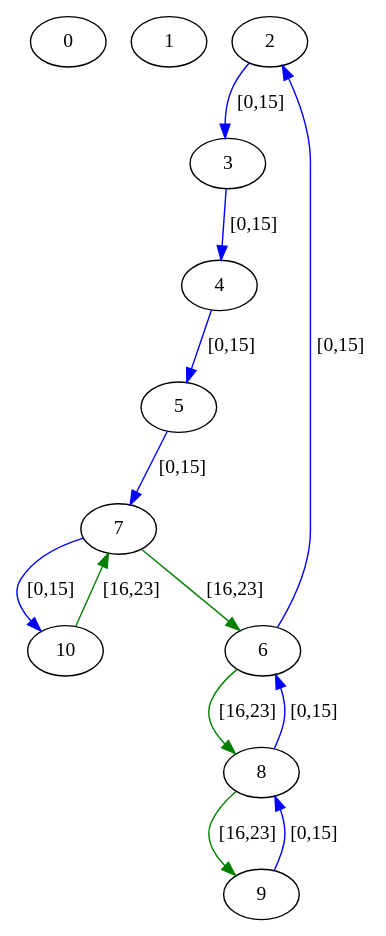
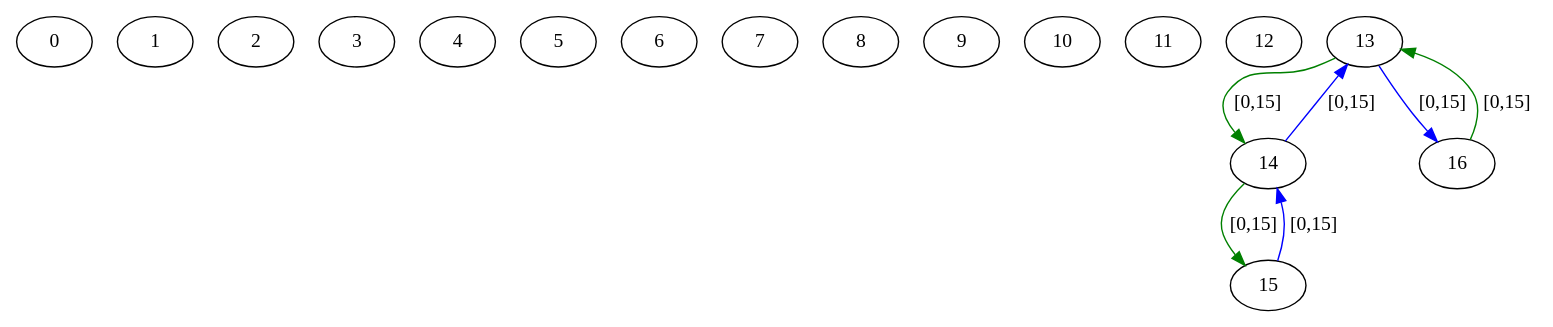
Before and after one commit to Hebbe1234/ExpectAll: the diagram in src/assignedGraphs/assigned.dot, drawn with Graphviz. The commit also changed 6 other files, not shown here.

```diff
--- a/src/assignedGraphs/assigned.dot
+++ b/src/assignedGraphs/assigned.dot
@@ -1,25 +1,25 @@
 digraph  {
 0 [label=0];
 1 [label=1];
 2 [label=2];
 3 [label=3];
 4 [label=4];
 5 [label=5];
 6 [label=6];
 7 [label=7];
 8 [label=8];
 9 [label=9];
 10 [label=10];
-2 -> 3  [color=blue, key=0, label="[0,15]"];
-3 -> 4  [color=blue, key=0, label="[0,15]"];
-4 -> 5  [color=blue, key=0, label="[0,15]"];
-5 -> 7  [color=blue, key=0, label="[0,15]"];
-6 -> 2  [color=blue, key=0, label="[0,15]"];
-6 -> 8  [color=green, key=0, label="[16,23]"];
-7 -> 10  [color=blue, key=0, label="[0,15]"];
-7 -> 6  [color=green, key=0, label="[16,23]"];
-8 -> 6  [color=blue, key=0, label="[0,15]"];
-8 -> 9  [color=green, key=0, label="[16,23]"];
-9 -> 8  [color=blue, key=0, label="[0,15]"];
-10 -> 7  [color=green, key=0, label="[16,23]"];
+11 [label=11];
+12 [label=12];
+13 [label=13];
+14 [label=14];
+15 [label=15];
+16 [label=16];
+13 -> 16  [color=blue, key=0, label="[0,15]"];
+13 -> 14  [color=green, key=0, label="[0,15]"];
+14 -> 13  [color=blue, key=0, label="[0,15]"];
+14 -> 15  [color=green, key=0, label="[0,15]"];
+15 -> 14  [color=blue, key=0, label="[0,15]"];
+16 -> 13  [color=green, key=0, label="[0,15]"];
 }
```
